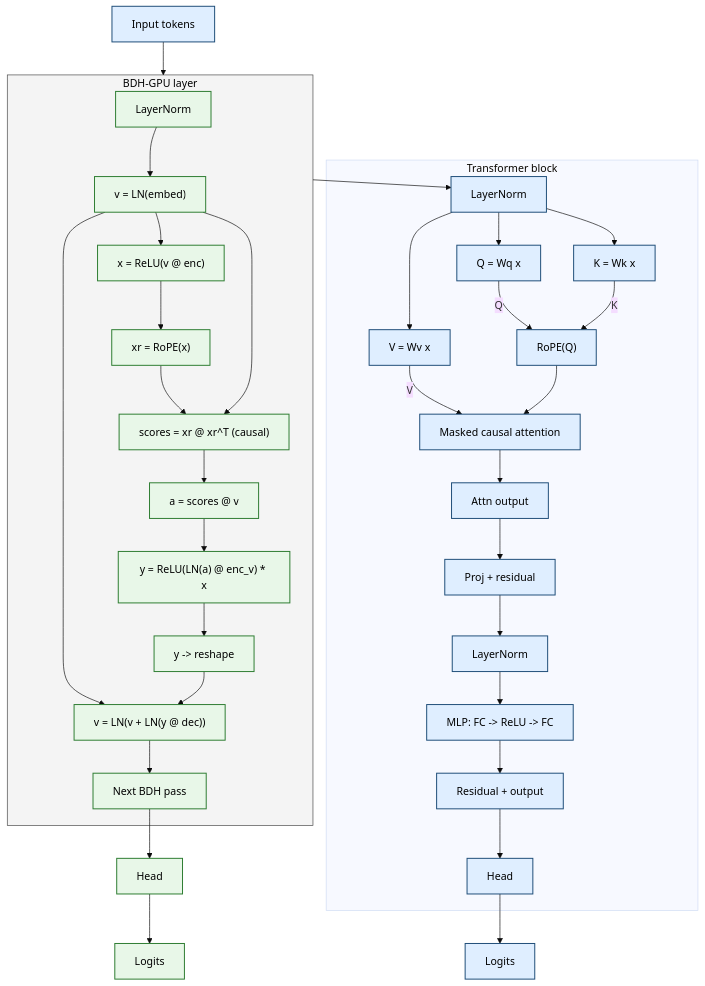
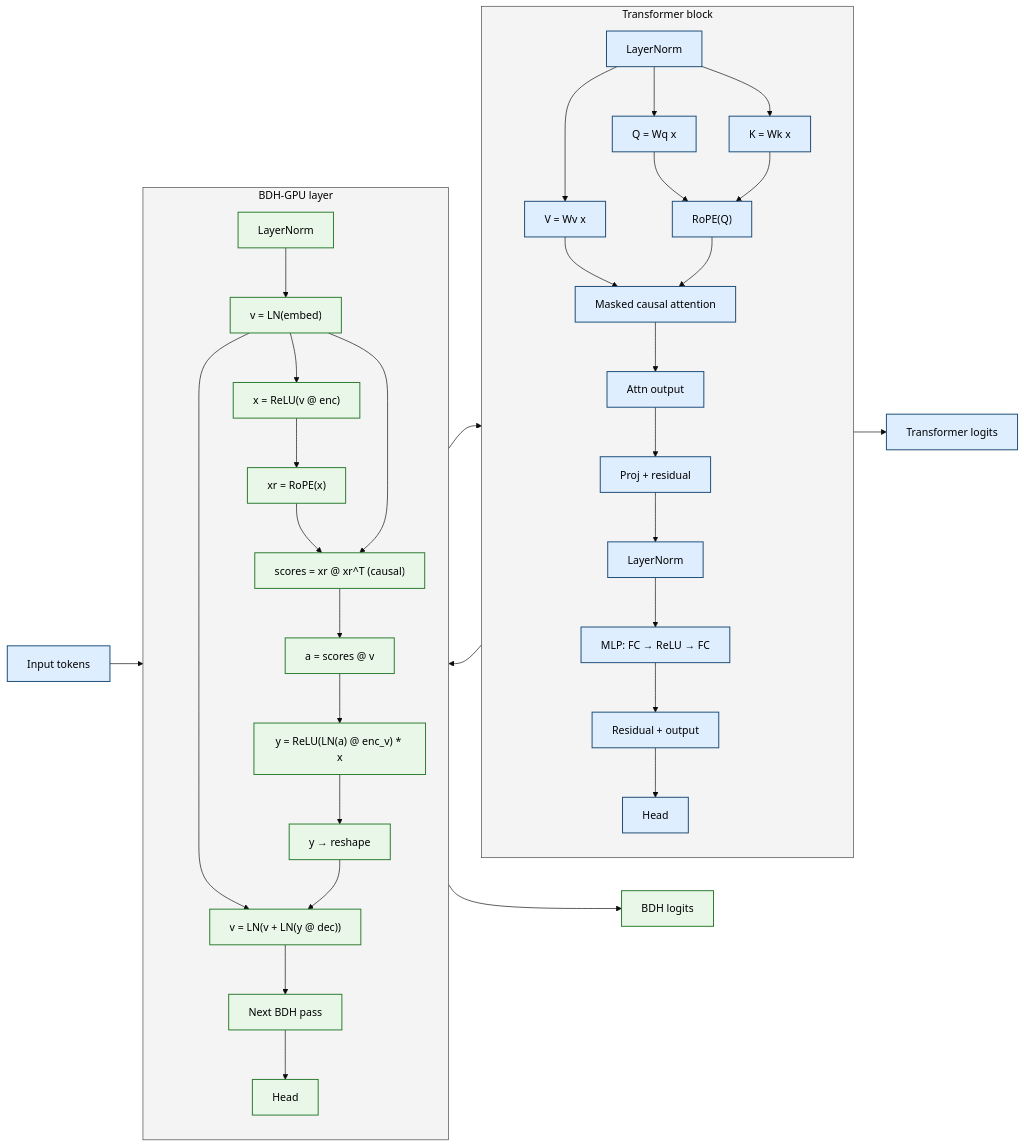
Before and after one commit to przemeksokoleoko/transformer-vs-bdh: the diagram in transformer-vs-bdh-mermaid.md, drawn with Mermaid (base theme). The commit also changed other lines of this file, not shown here.

Commit message:
Improve the architecture comparison diagram by placing the Transformer and BDH-GPU blocks side by side and clarifying the shared input path.

````diff
--- a/transformer-vs-bdh-mermaid.md
+++ b/transformer-vs-bdh-mermaid.md
@@ -5,49 +5,50 @@
 ```mermaid
-flowchart TD
+flowchart LR
     A["Input tokens"] --> B["Embedding"]
     B --> C["LayerNorm"]
 
     subgraph T["Transformer block"]
+        direction TB
         C --> T1["Q = Wq x"]
         C --> T2["K = Wk x"]
         C --> T3["V = Wv x"]
-
-        T1 -->|Q| T4["RoPE(Q)"]
-        T2 -->|K| T4
-        T3 -->|V| T5["Masked causal attention"]
+        T1 --> T4["RoPE(Q)"]
+        T2 --> T4
+        T3 --> T5["Masked causal attention"]
         T4 --> T5
         T5 --> T6["Attn output"]
         T6 --> T7["Proj + residual"]
         T7 --> T8["LayerNorm"]
-        T8 --> T9["MLP: FC -> ReLU -> FC"]
+        T8 --> T9["MLP: FC → ReLU → FC"]
         T9 --> T10["Residual + output"]
         T10 --> T11["Head"]
     end
 
-    T11 --> T12["Logits"]
-
     subgraph B["BDH-GPU layer"]
-        C2["LayerNorm"] --> D1["v = LN(embed)"]
+        direction TB
+        C --> C2["LayerNorm"]
+        C2 --> D1["v = LN(embed)"]
         D1 --> D2["x = ReLU(v @ enc)"]
         D2 --> D3["xr = RoPE(x)"]
         D3 --> D4["scores = xr @ xr^T (causal)"]
         D1 --> D4
         D4 --> D5["a = scores @ v"]
         D5 --> D6["y = ReLU(LN(a) @ enc_v) * x"]
-        D6 --> D7["y -> reshape"]
+        D6 --> D7["y → reshape"]
         D1 --> D8["v = LN(v + LN(y @ dec))"]
         D7 --> D8
         D8 --> D9["Next BDH pass"]
+        D9 --> D10["Head"]
     end
 
-    D9 --> D10["Head"]
-    D10 --> D11["Logits"]
+    T11 --> T12["Transformer logits"]
+    D10 --> D11["BDH logits"]
 
     classDef trans fill:#dfeeff,stroke:#1f4e79,stroke-width:1.5px,color:#000;
     classDef bdh fill:#e8f7e8,stroke:#2e7d32,stroke-width:1.5px,color:#000;
     classDef base fill:#f4f4f4,stroke:#444,stroke-width:1px,color:#000;
 
     class A,B,C,T1,T2,T3,T4,T5,T6,T7,T8,T9,T10,T11,T12 trans;
     class C2,D1,D2,D3,D4,D5,D6,D7,D8,D9,D10,D11 bdh;
-    class B base;
+    class T,B base;
 ```
````
